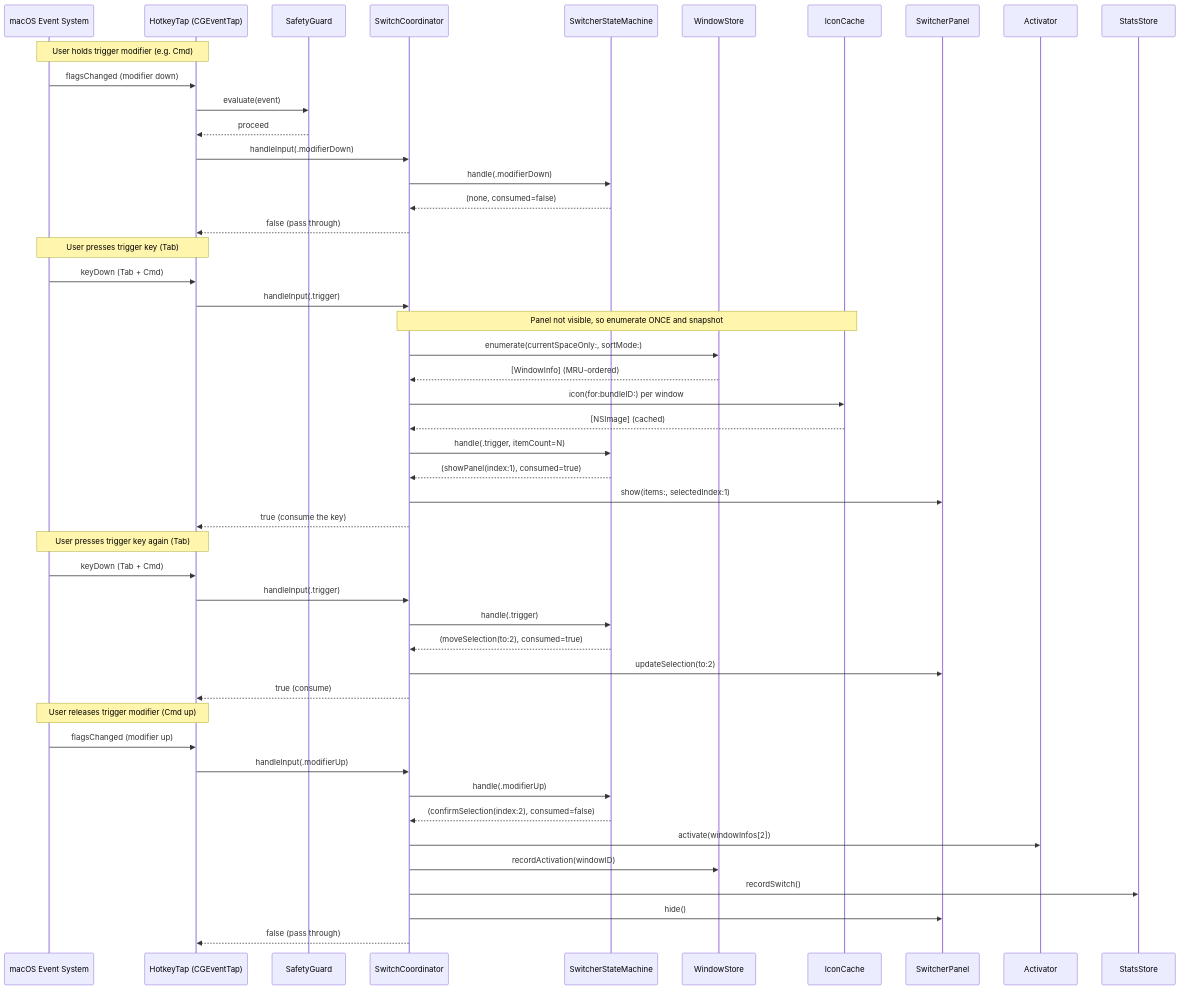
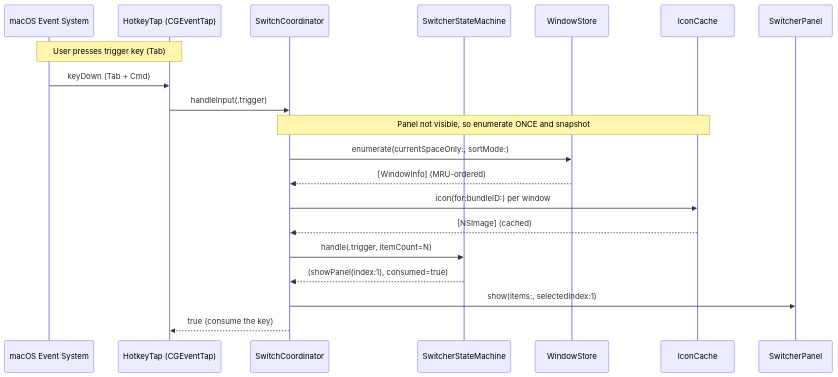
One commit to senkentarou/ShakaPachi changed the third of 6 diagrams in docs/ARCHITECTURE.md. Above: the diagram before and after it, drawn with Mermaid. The commit also changed other lines of this file and 5 other files, not shown here.

First line of the commit message:
docs: 初学者向け可読性パス (図分割・並行処理用語集・skip注記・配線図) (#23)

````diff
--- a/docs/ARCHITECTURE.md
+++ b/docs/ARCHITECTURE.md
@@ -188,54 +234,23 @@
 ```mermaid
 sequenceDiagram
     participant OS as macOS Event System
     participant HT as HotkeyTap (CGEventTap)
-    participant SG as SafetyGuard
     participant SC as SwitchCoordinator
     participant SSM as SwitcherStateMachine
     participant WS as WindowStore
     participant IC as IconCache
     participant SP as SwitcherPanel
-    participant ACT as Activator
-    participant SS as StatsStore
-
-    Note over OS,HT: User holds trigger modifier (e.g. Cmd)
-    OS->>HT: flagsChanged (modifier down)
-    HT->>SG: evaluate(event)
-    SG-->>HT: proceed
-    HT->>SC: handleInput(.modifierDown)
-    SC->>SSM: handle(.modifierDown)
-    SSM-->>SC: (none, consumed=false)
-    SC-->>HT: false (pass through)
 
     Note over OS,HT: User presses trigger key (Tab)
     OS->>HT: keyDown (Tab + Cmd)
     HT->>SC: handleInput(.trigger)
     Note over SC,IC: Panel not visible, so enumerate ONCE and snapshot
     SC->>WS: enumerate(currentSpaceOnly:, sortMode:)
     WS-->>SC: [WindowInfo] (MRU-ordered)
     SC->>IC: icon(for:bundleID:) per window
     IC-->>SC: [NSImage] (cached)
     SC->>SSM: handle(.trigger, itemCount=N)
     SSM-->>SC: (showPanel(index:1), consumed=true)
     SC->>SP: show(items:, selectedIndex:1)
     SC-->>HT: true (consume the key)
-
-    Note over OS,HT: User presses trigger key again (Tab)
-    OS->>HT: keyDown (Tab + Cmd)
-    HT->>SC: handleInput(.trigger)
-    SC->>SSM: handle(.trigger)
-    SSM-->>SC: (moveSelection(to:2), consumed=true)
-    SC->>SP: updateSelection(to:2)
-    SC-->>HT: true (consume)
-
-    Note over OS,HT: User releases trigger modifier (Cmd up)
-    OS->>HT: flagsChanged (modifier up)
-    HT->>SC: handleInput(.modifierUp)
-    SC->>SSM: handle(.modifierUp)
-    SSM-->>SC: (confirmSelection(index:2), consumed=false)
-    SC->>ACT: activate(windowInfos[2])
-    SC->>WS: recordActivation(windowID)
-    SC->>SS: recordSwitch()
-    SC->>SP: hide()
-    SC-->>HT: false (pass through)
 ```
````
